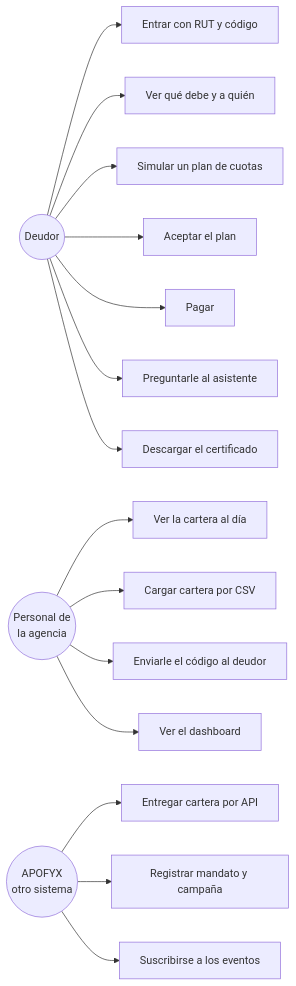
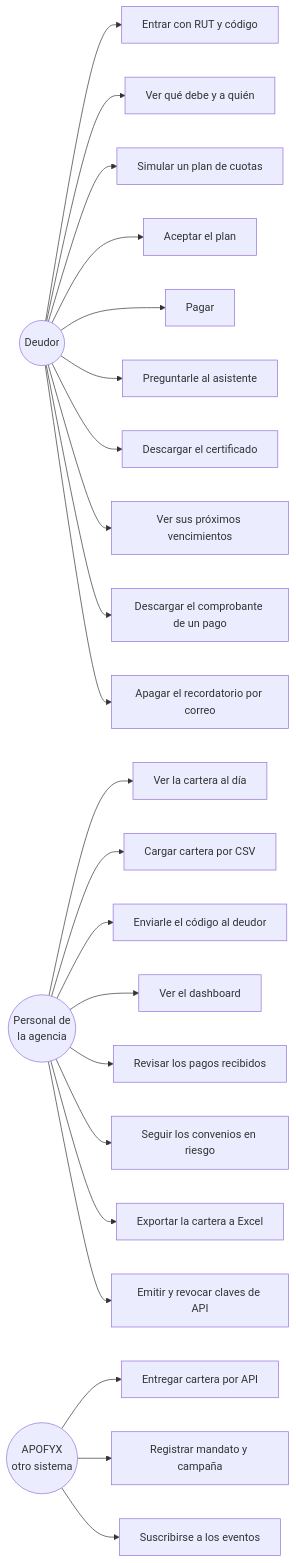
The fifth of 6 diagrams in README.md (TechnicalBridge/TB_web), drawn with Mermaid before and after one commit. The commit also changed other lines of this file and 93 other files, not shown here.

First line of the commit message:
Cobro por cuotas corregido, secciones nuevas del portal y cartera de ejemplo

````diff
--- a/README.md
+++ b/README.md
@@ -419,23 +443,30 @@
 ```mermaid
 flowchart LR
     DEU(("Deudor"))
     EMP(("Personal de<br/>la agencia"))
     SIS(("APOFYX<br/>otro sistema"))
 
     DEU --> U1["Entrar con RUT y código"]
     DEU --> U2["Ver qué debe y a quién"]
     DEU --> U3["Simular un plan de cuotas"]
     DEU --> U4["Aceptar el plan"]
     DEU --> U5["Pagar"]
     DEU --> U6["Preguntarle al asistente"]
     DEU --> U7["Descargar el certificado"]
+    DEU --> U15["Ver sus próximos vencimientos"]
+    DEU --> U16["Descargar el comprobante de un pago"]
+    DEU --> U17["Apagar el recordatorio por correo"]
 
     EMP --> U8["Ver la cartera al día"]
     EMP --> U9["Cargar cartera por CSV"]
     EMP --> U10["Enviarle el código al deudor"]
     EMP --> U11["Ver el dashboard"]
+    EMP --> U18["Revisar los pagos recibidos"]
+    EMP --> U19["Seguir los convenios en riesgo"]
+    EMP --> U20["Exportar la cartera a Excel"]
+    EMP --> U21["Emitir y revocar claves de API"]
 
     SIS --> U12["Entregar cartera por API"]
     SIS --> U13["Registrar mandato y campaña"]
     SIS --> U14["Suscribirse a los eventos"]
 ```
````
